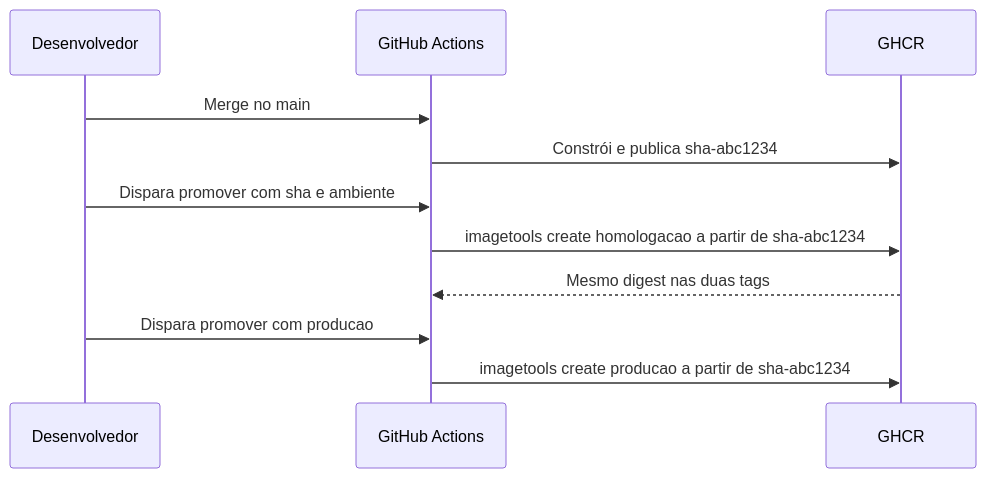
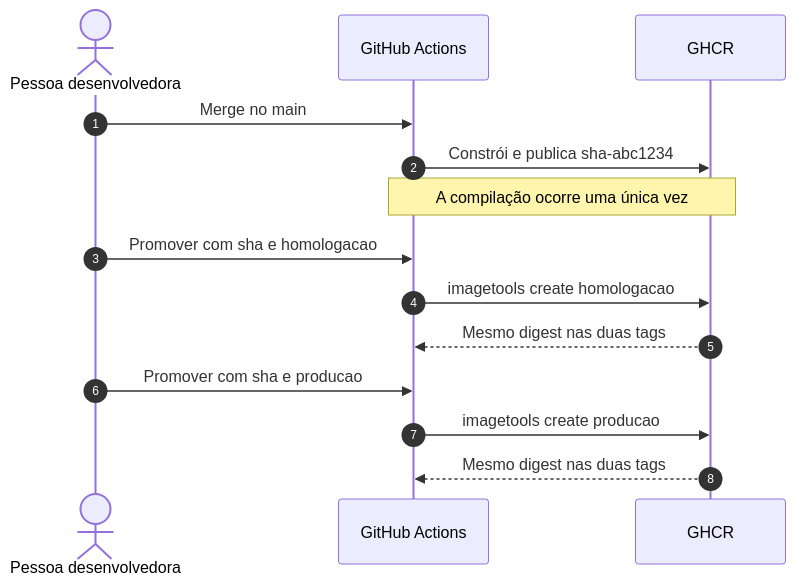
The second of 2 diagrams in cenarios/08-artefato-unico/README.md (arkhibr/devops-fluxos-c3dm), drawn with Mermaid before and after one commit. The commit also changed other lines of this file and 7 other files, not shown here.

First line of the commit message:
docs(cenarios): trechos de workflow, links e diagramas dos cenários 08 a 14 (#26)

````diff
--- a/cenarios/08-artefato-unico/README.md
+++ b/cenarios/08-artefato-unico/README.md
@@ -19,13 +52,16 @@
 ```mermaid
 sequenceDiagram
-    participant D as Desenvolvedor
+    autonumber
+    actor D as Pessoa desenvolvedora
     participant G as GitHub Actions
     participant R as GHCR
     D->>G: Merge no main
     G->>R: Constrói e publica sha-abc1234
-    D->>G: Dispara promover com sha e ambiente
-    G->>R: imagetools create homologacao a partir de sha-abc1234
+    Note over G,R: A compilação ocorre uma única vez
+    D->>G: Promover com sha e homologacao
+    G->>R: imagetools create homologacao
     R-->>G: Mesmo digest nas duas tags
-    D->>G: Dispara promover com producao
-    G->>R: imagetools create producao a partir de sha-abc1234
+    D->>G: Promover com sha e producao
+    G->>R: imagetools create producao
+    R-->>G: Mesmo digest nas duas tags
 ```
````
